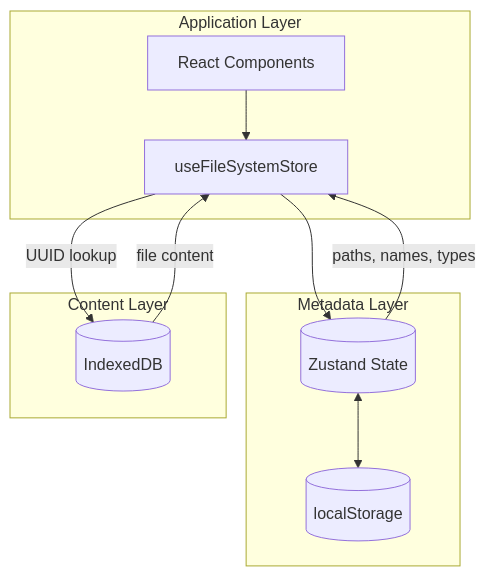
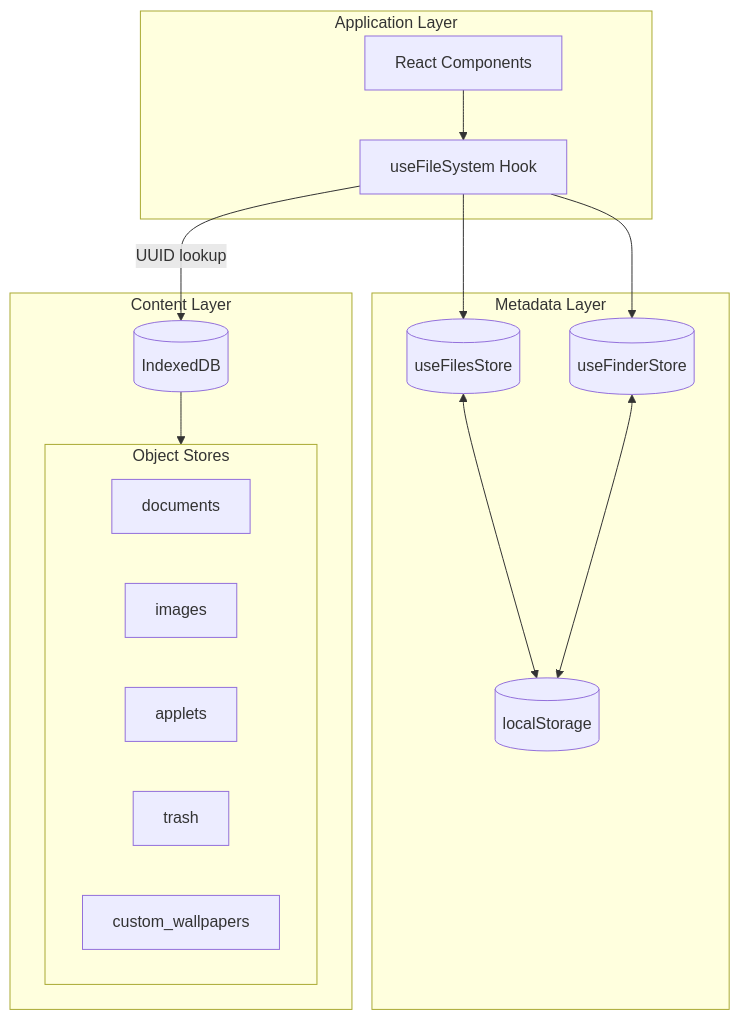
One commit to ryokun6/ryos changed the first of 2 diagrams in docs/5-file-system.md. Above: the diagram before and after it, drawn with Mermaid. The commit also changed other lines of this file and 54 other files, not shown here.

````diff
--- a/docs/5-file-system.md
+++ b/docs/5-file-system.md
@@ -10,24 +10,32 @@
 ```mermaid
 graph TB
     subgraph Application["Application Layer"]
         App[React Components]
-        Store[useFileSystemStore]
+        Hook[useFileSystem Hook]
     end
     
     subgraph Metadata["Metadata Layer"]
-        Zustand[(Zustand State)]
+        FilesStore[(useFilesStore)]
+        FinderStore[(useFinderStore)]
         LocalStorage[(localStorage)]
     end
     
     subgraph Content["Content Layer"]
         IDB[(IndexedDB)]
+        subgraph Stores["Object Stores"]
+            Docs[documents]
+            Imgs[images]
+            Apps[applets]
+            Trash[trash]
+            Wall[custom_wallpapers]
+        end
     end
     
-    App --> Store
-    Store --> Zustand
-    Zustand <--> LocalStorage
-    Store -->|"UUID lookup"| IDB
-    
-    Zustand -->|"paths, names, types"| Store
-    IDB -->|"file content"| Store
+    App --> Hook
+    Hook --> FilesStore
+    Hook --> FinderStore
+    FilesStore <--> LocalStorage
+    FinderStore <--> LocalStorage
+    Hook -->|"UUID lookup"| IDB
+    IDB --> Stores
 ```
````
